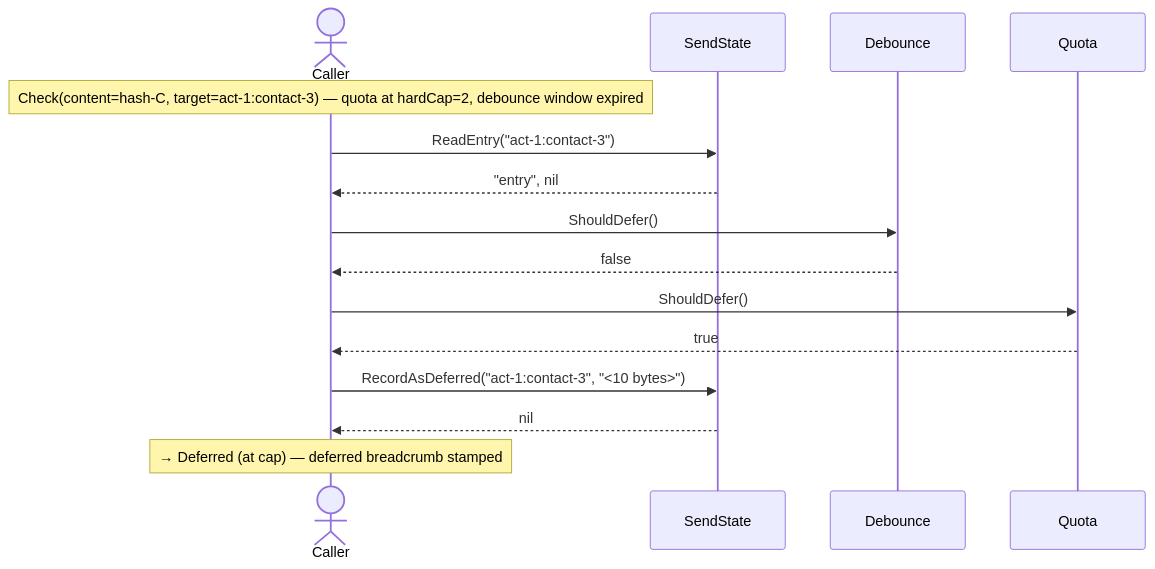
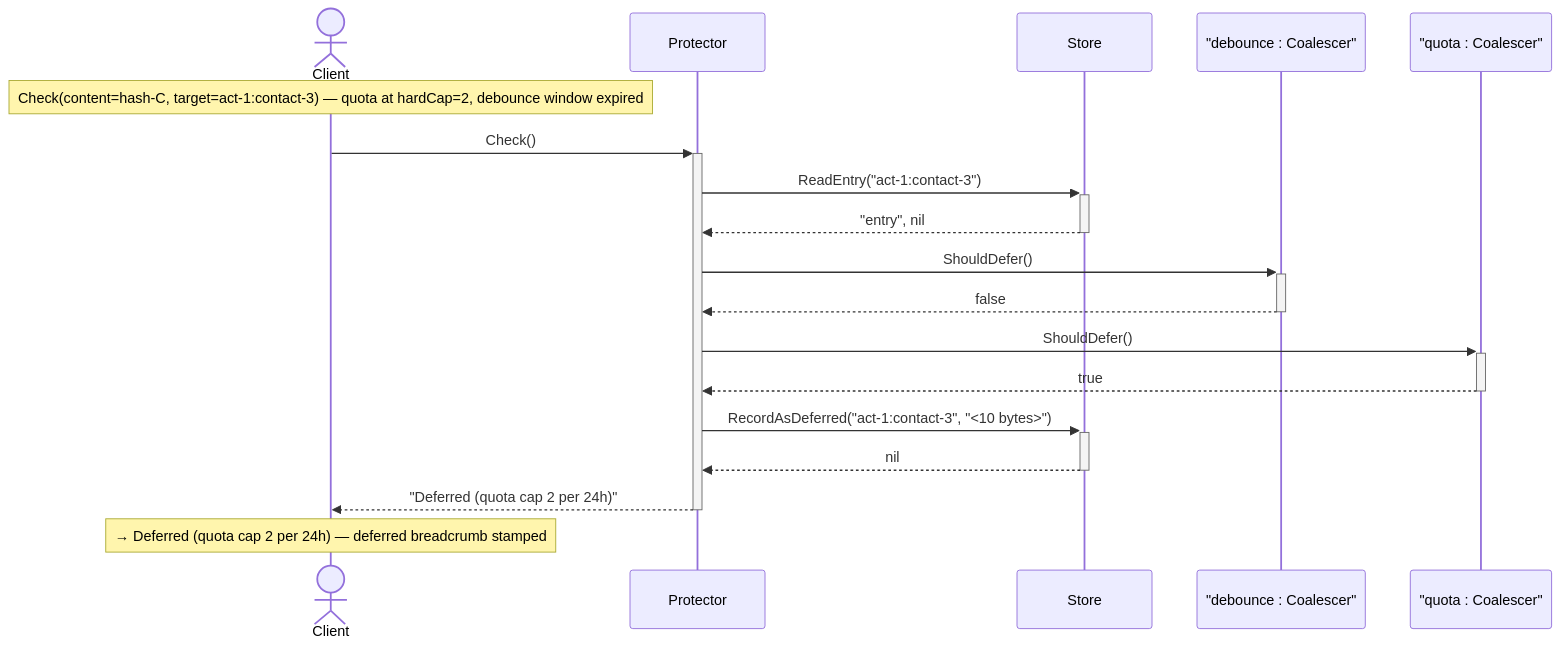
The fourth of 6 diagrams in protect/sequence_test.md (homemade/pith), drawn with Mermaid before and after one commit. The commit also changed other lines of this file and 18 other files, not shown here.

````diff
--- a/protect/sequence_test.md
+++ b/protect/sequence_test.md
@@ -62,18 +73,21 @@
 ```mermaid
 sequenceDiagram
-    actor C as Caller
-    participant SendState
-    participant Debounce
-    participant Quota
+    actor Client
+    participant Protector
+    participant Store
+    participant Debounce as "debounce : Coalescer"
+    participant Quota as "quota : Coalescer"
 
-    Note over C: Check(content=hash-C, target=act-1:contact-3) — quota at hardCap=2, debounce window expired
-    C->>SendState: ReadEntry("act-1:contact-3")
-    SendState-->>C: "entry", nil
-    C->>Debounce: ShouldDefer()
-    Debounce-->>C: false
-    C->>Quota: ShouldDefer()
-    Quota-->>C: true
-    C->>SendState: RecordAsDeferred("act-1:contact-3", "<10 bytes>")
-    SendState-->>C: nil
-    Note over C: → Deferred (at cap) — deferred breadcrumb stamped
+    Note over Client: Check(content=hash-C, target=act-1:contact-3) — quota at hardCap=2, debounce window expired
+    Client->>+Protector: Check()
+    Protector->>+Store: ReadEntry("act-1:contact-3")
+    Store-->>-Protector: "entry", nil
+    Protector->>+Debounce: ShouldDefer()
+    Debounce-->>-Protector: false
+    Protector->>+Quota: ShouldDefer()
+    Quota-->>-Protector: true
+    Protector->>+Store: RecordAsDeferred("act-1:contact-3", "<10 bytes>")
+    Store-->>-Protector: nil
+    Protector-->>-Client: "Deferred (quota cap 2 per 24h)"
+    Note over Client: → Deferred (quota cap 2 per 24h) — deferred breadcrumb stamped
 ```
````
